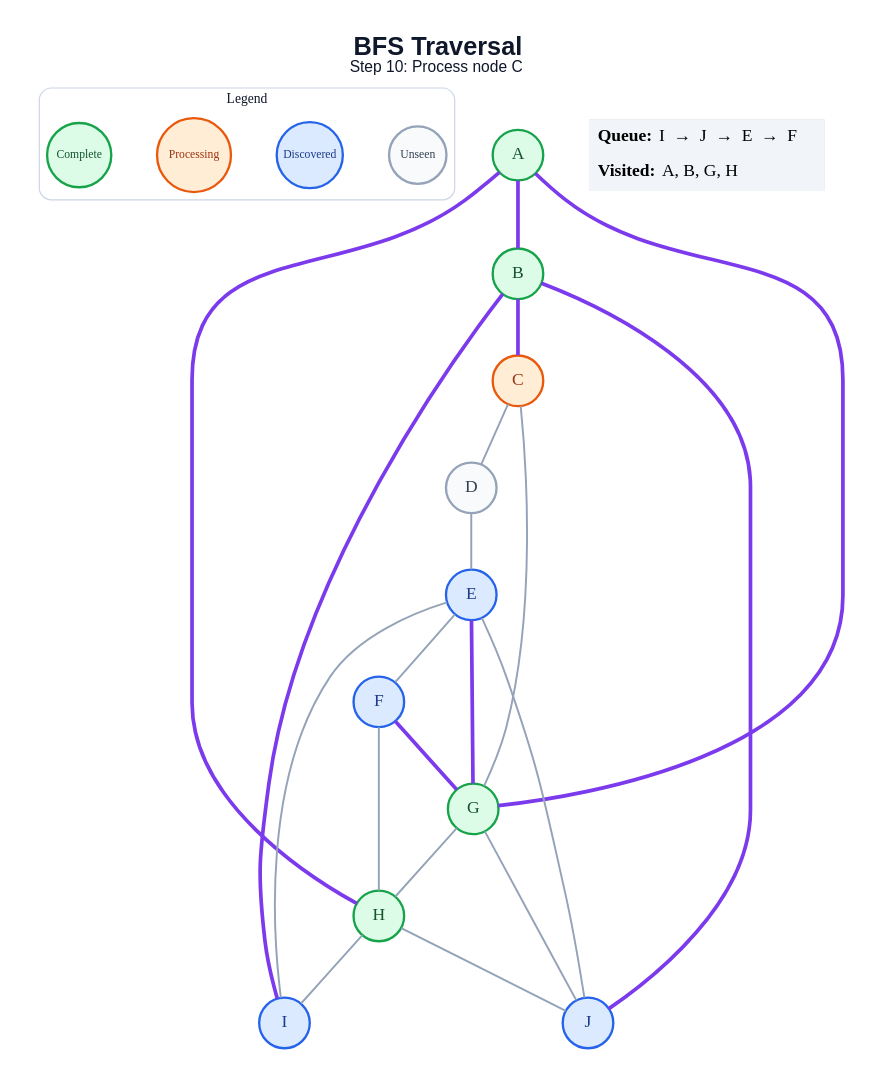
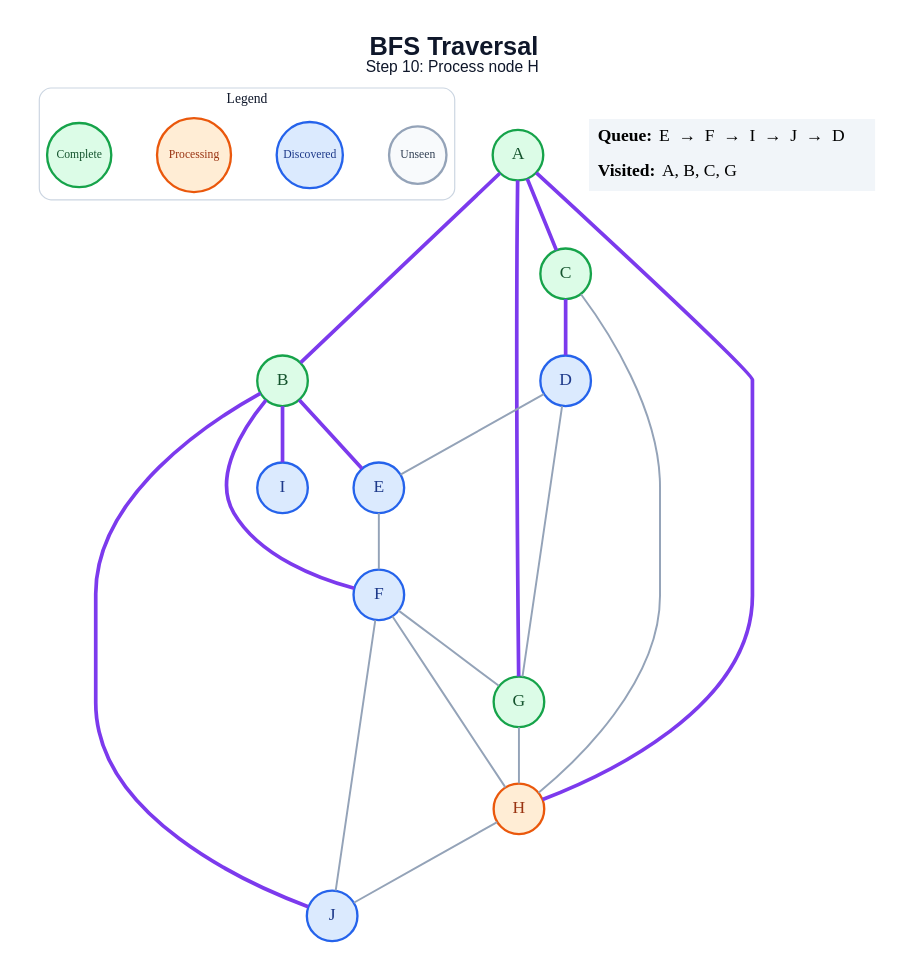
One commit to anon7238593-create/ai-slop changed the diagram in generated/bfs/step_10.dot. Above: the diagram before and after it, drawn with Graphviz. The commit also changed 178 other files, not shown here.

```diff
--- a/generated/bfs/step_10.dot
+++ b/generated/bfs/step_10.dot
@@ -1,48 +1,47 @@
 graph traversal {
   graph [layout=dot, rankdir=TB, bgcolor="#FFFFFF", pad="0.35", nodesep="0.65", ranksep="0.8", fontname="Arial"];
   node [shape=circle, style="filled", fontname="Arial Bold", fontsize=18, width=0.72, fixedsize=true, penwidth=2.4];
   edge [color="#94A3B8", penwidth=2.0];
-  label=<<B>BFS Traversal</B><BR/><FONT POINT-SIZE="16">Step 10: Process node C</FONT>>; labelloc="t"; fontsize=26; fontname="Arial"; fontcolor="#0F172A";
+  label=<<B>BFS Traversal</B><BR/><FONT POINT-SIZE="16">Step 10: Process node H</FONT>>; labelloc="t"; fontsize=26; fontname="Arial"; fontcolor="#0F172A";
   subgraph cluster_legend { label="Legend"; color="#CBD5E1"; penwidth=1.2; style="rounded"; fontsize=14; fontname="Arial Bold";
     key_unseen [label="Unseen", fillcolor="#F8FAFC", color="#94A3B8", fontcolor="#334155", fontsize=12, width=0.82];
     key_frontier [label="Discovered", fillcolor="#DBEAFE", color="#2563EB", fontcolor="#1E3A8A", fontsize=12, width=0.95];
     key_current [label="Processing", fillcolor="#FFEDD5", color="#EA580C", fontcolor="#9A3412", fontsize=12, width=1.05];
     key_done [label="Complete", fillcolor="#DCFCE7", color="#16A34A", fontcolor="#14532D", fontsize=12, width=0.92];
     { rank=same; key_unseen; key_frontier; key_current; key_done; }
   }
   A [fillcolor="#DCFCE7", color="#16A34A", fontcolor="#14532D"];
   B [fillcolor="#DCFCE7", color="#16A34A", fontcolor="#14532D"];
-  C [fillcolor="#FFEDD5", color="#EA580C", fontcolor="#9A3412"];
-  D [fillcolor="#F8FAFC", color="#94A3B8", fontcolor="#334155"];
+  C [fillcolor="#DCFCE7", color="#16A34A", fontcolor="#14532D"];
+  D [fillcolor="#DBEAFE", color="#2563EB", fontcolor="#1E3A8A"];
   E [fillcolor="#DBEAFE", color="#2563EB", fontcolor="#1E3A8A"];
   F [fillcolor="#DBEAFE", color="#2563EB", fontcolor="#1E3A8A"];
   G [fillcolor="#DCFCE7", color="#16A34A", fontcolor="#14532D"];
-  H [fillcolor="#DCFCE7", color="#16A34A", fontcolor="#14532D"];
+  H [fillcolor="#FFEDD5", color="#EA580C", fontcolor="#9A3412"];
   I [fillcolor="#DBEAFE", color="#2563EB", fontcolor="#1E3A8A"];
   J [fillcolor="#DBEAFE", color="#2563EB", fontcolor="#1E3A8A"];
   A -- B [color="#7C3AED", penwidth=3.8];
+  A -- C [color="#7C3AED", penwidth=3.8];
   A -- G [color="#7C3AED", penwidth=3.8];
   A -- H [color="#7C3AED", penwidth=3.8];
-  B -- C [color="#7C3AED", penwidth=3.8];
+  B -- E [color="#7C3AED", penwidth=3.8];
+  B -- F [color="#7C3AED", penwidth=3.8];
   B -- I [color="#7C3AED", penwidth=3.8];
   B -- J [color="#7C3AED", penwidth=3.8];
-  C -- D;
-  C -- G;
+  C -- D [color="#7C3AED", penwidth=3.8];
+  C -- H;
   D -- E;
+  D -- G;
   E -- F;
-  E -- G [color="#7C3AED", penwidth=3.8];
-  E -- I;
-  E -- J;
-  F -- G [color="#7C3AED", penwidth=3.8];
+  F -- G;
   F -- H;
+  F -- J;
   G -- H;
-  G -- J;
-  H -- I;
   H -- J;
   status [shape=plain, fixedsize=false, width=0, height=0, margin=0, label=<
     <TABLE BORDER="0" CELLBORDER="0" CELLPADDING="7" BGCOLOR="#F1F5F9">
-      <TR><TD ALIGN="LEFT"><B>Queue:</B> I  →  J  →  E  →  F</TD></TR>
-      <TR><TD ALIGN="LEFT"><B>Visited:</B> A, B, G, H</TD></TR>
+      <TR><TD ALIGN="LEFT"><B>Queue:</B> E  →  F  →  I  →  J  →  D</TD></TR>
+      <TR><TD ALIGN="LEFT"><B>Visited:</B> A, B, C, G</TD></TR>
     </TABLE>
   >];
 }
```
